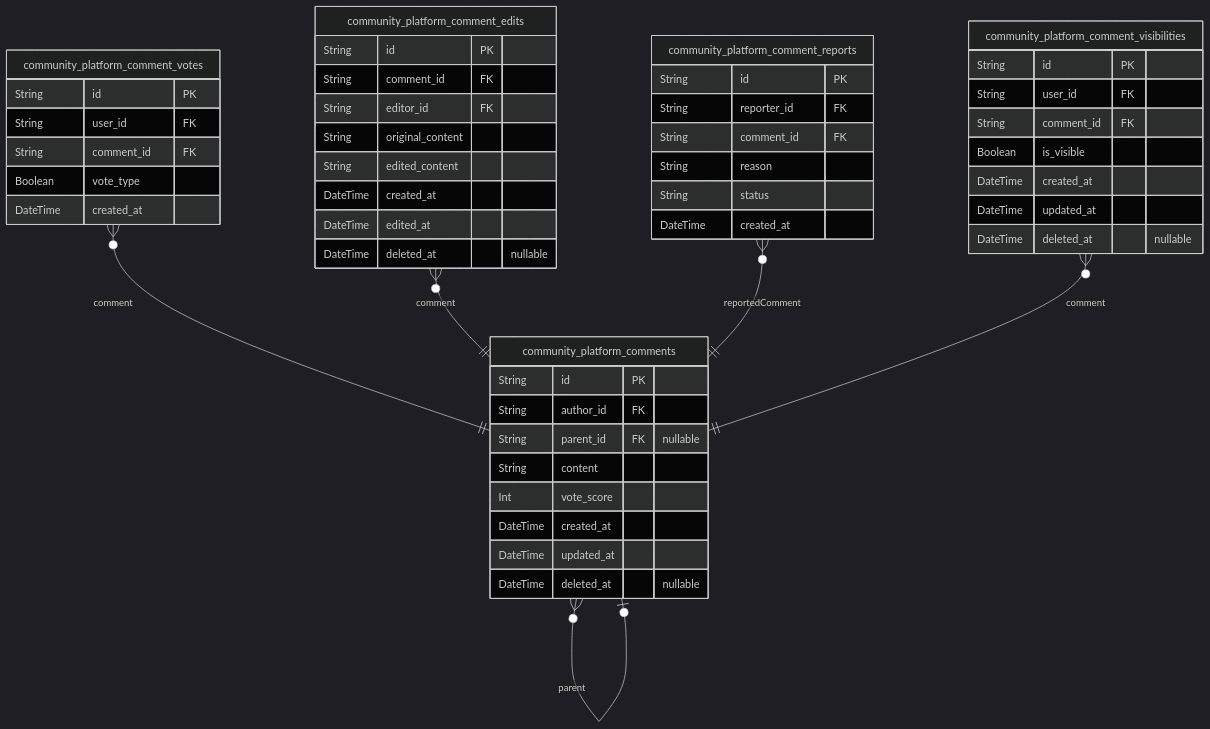
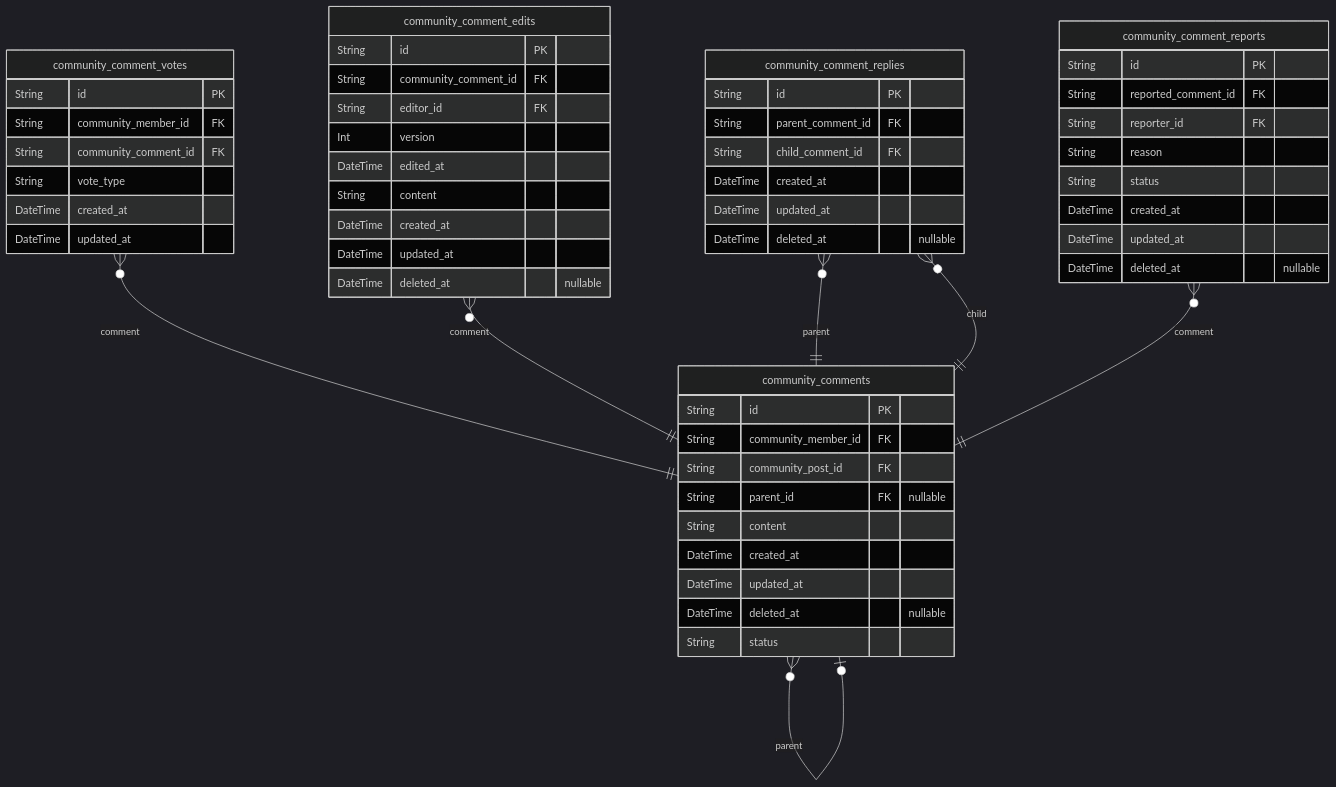
The sixth of 10 diagrams in qwen/qwen3-next-80b-a3b-instruct/reddit/docs/ERD.md (wrtnlabs/autobe-examples), drawn with Mermaid (dark theme) before and after one commit. The commit also changed other lines of this file and 11104 other files, not shown here.

````diff
--- a/qwen/qwen3-next-80b-a3b-instruct/reddit/docs/ERD.md
+++ b/qwen/qwen3-next-80b-a3b-instruct/reddit/docs/ERD.md
@@ -1155,52 +1693,57 @@
 ```mermaid
 erDiagram
-"community_platform_comments" {
+"community_comments" {
   String id PK
-  String author_id FK
+  String community_member_id FK
+  String community_post_id FK
   String parent_id FK "nullable"
   String content
-  Int vote_score
+  DateTime created_at
+  DateTime updated_at
+  DateTime deleted_at "nullable"
+  String status
+}
+"community_comment_votes" {
+  String id PK
+  String community_member_id FK
+  String community_comment_id FK
+  String vote_type
+  DateTime created_at
+  DateTime updated_at
+}
+"community_comment_edits" {
+  String id PK
+  String community_comment_id FK
+  String editor_id FK
+  Int version
+  DateTime edited_at
+  String content
   DateTime created_at
   DateTime updated_at
   DateTime deleted_at "nullable"
 }
-"community_platform_comment_votes" {
+"community_comment_replies" {
   String id PK
-  String user_id FK
-  String comment_id FK
-  Boolean vote_type
-  DateTime created_at
-}
-"community_platform_comment_edits" {
-  String id PK
-  String comment_id FK
-  String editor_id FK
-  String original_content
-  String edited_content
-  DateTime created_at
-  DateTime edited_at
-  DateTime deleted_at "nullable"
-}
-"community_platform_comment_reports" {
-  String id PK
-  String reporter_id FK
-  String comment_id FK
-  String reason
-  String status
-  DateTime created_at
-}
-"community_platform_comment_visibilities" {
-  String id PK
-  String user_id FK
-  String comment_id FK
-  Boolean is_visible
+  String parent_comment_id FK
+  String child_comment_id FK
   DateTime created_at
   DateTime updated_at
   DateTime deleted_at "nullable"
 }
-"community_platform_comments" }o--o| "community_platform_comments" : parent
-"community_platform_comment_votes" }o--|| "community_platform_comments" : comment
-"community_platform_comment_edits" }o--|| "community_platform_comments" : comment
-"community_platform_comment_reports" }o--|| "community_platform_comments" : reportedComment
-"community_platform_comment_visibilities" }o--|| "community_platform_comments" : comment
+"community_comment_reports" {
+  String id PK
+  String reported_comment_id FK
+  String reporter_id FK
+  String reason
+  String status
+  DateTime created_at
+  DateTime updated_at
+  DateTime deleted_at "nullable"
+}
+"community_comments" }o--o| "community_comments" : parent
+"community_comment_votes" }o--|| "community_comments" : comment
+"community_comment_edits" }o--|| "community_comments" : comment
+"community_comment_replies" }o--|| "community_comments" : parent
+"community_comment_replies" }o--|| "community_comments" : child
+"community_comment_reports" }o--|| "community_comments" : comment
 ```
````
